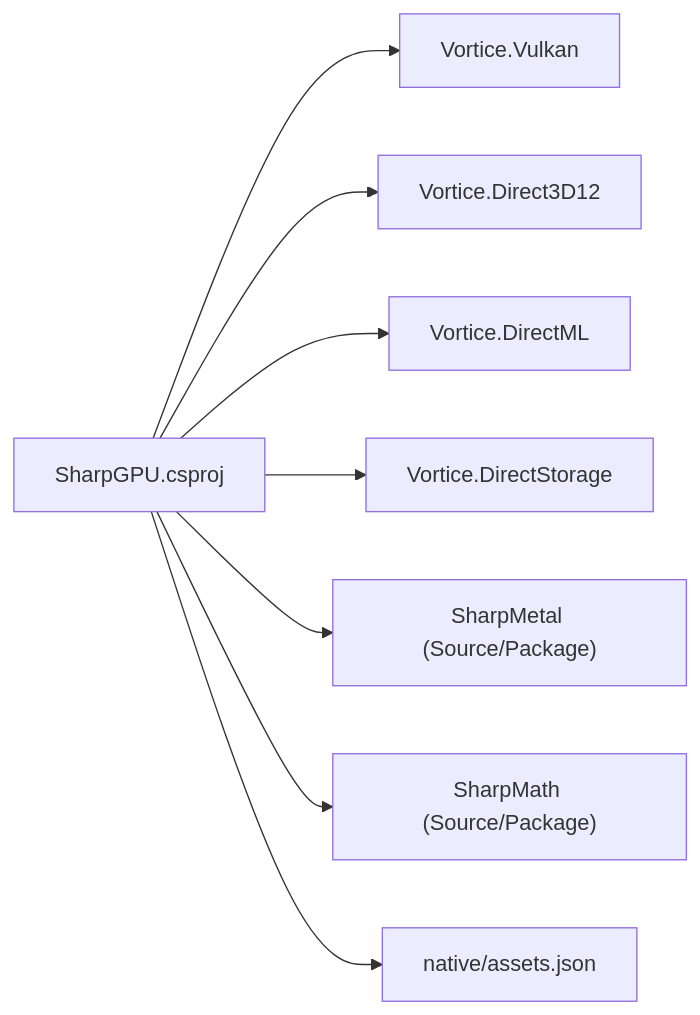
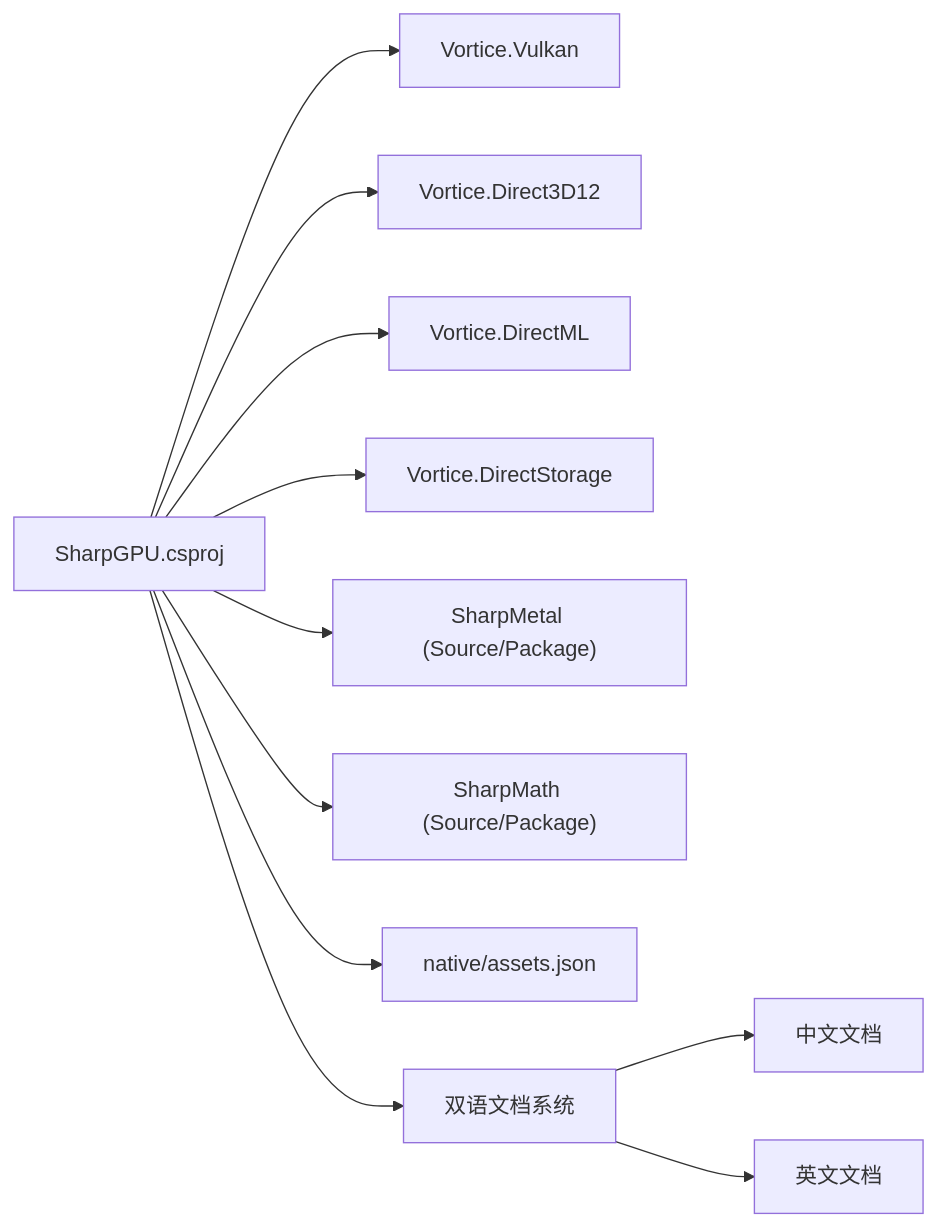
One commit to haolange/SharpGPU changed the sixth of 6 diagrams in .qoder/repowiki/zh/content/项目概览/项目概览.md. Above: the diagram before and after it, drawn with Mermaid. The commit also changed other lines of this file and 3 other files, not shown here.

````diff
--- a/.qoder/repowiki/zh/content/项目概览/项目概览.md
+++ b/.qoder/repowiki/zh/content/项目概览/项目概览.md
@@ -243,10 +300,13 @@
 ```mermaid
 graph LR
 P["SharpGPU.csproj"] --> V1["Vortice.Vulkan"]
 P --> V2["Vortice.Direct3D12"]
 P --> V3["Vortice.DirectML"]
 P --> V4["Vortice.DirectStorage"]
 P --> SM["SharpMetal (Source/Package)"]
 P --> SHM["SharpMath (Source/Package)"]
 P --> N["native/assets.json"]
+P --> DOC["双语文档系统"]
+DOC --> ZH["中文文档"]
+DOC --> EN["英文文档"]
 ```
````
